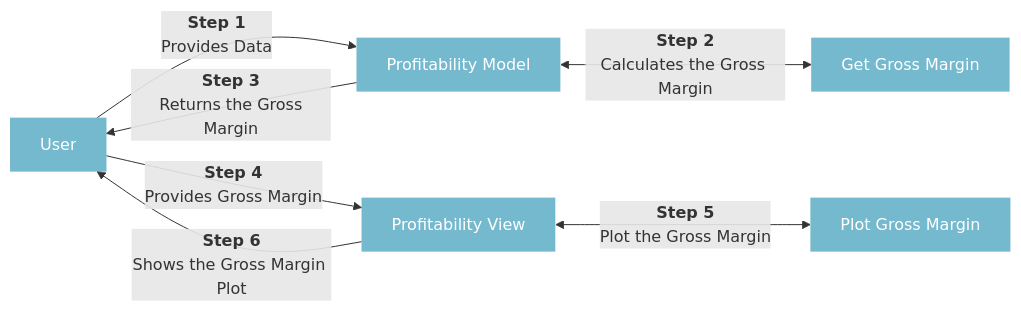
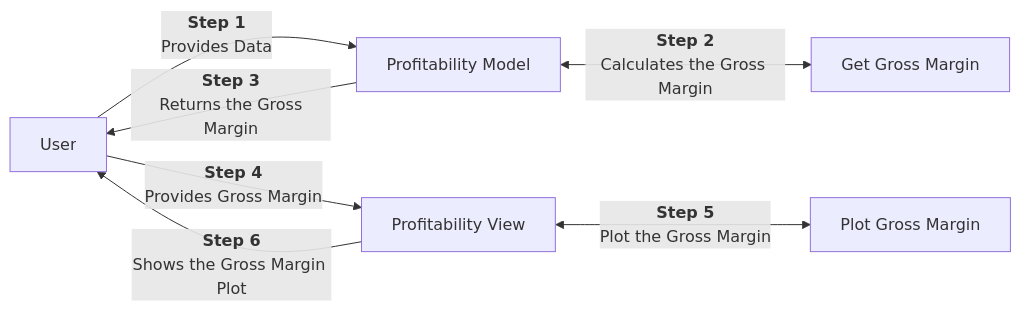
The fifth of 9 diagrams in _pages/coding/structuring-your-model.md (JerBouma/jerbouma.github.io), drawn with Mermaid before and after one commit. The commit also changed other lines of this file and 90 other files, not shown here.

```diff
--- a/_pages/coding/structuring-your-model.md
+++ b/_pages/coding/structuring-your-model.md
@@ -112,11 +95,10 @@
 <div class="mermaid">
 flowchart LR;
-classDef boxfont fill:#3b9cba,stroke-width:0px,fill-opacity:0.7,color:white,radius:20px;
 
-Step0["User"]:::boxfont -- <b>Step 1<br></b>Provides Data -->  Step2["Profitability Model"]:::boxfont
-Step2["Profitability Model"]:::boxfont <-- <b>Step 2<br></b>Calculates the Gross Margin -->  Step3["Get Gross Margin"]:::boxfont
-Step2["Profitability Model"]:::boxfont  --<b>Step 3<br></b> Returns the Gross Margin --> Step0["User"]:::boxfont
-Step0["User"]:::boxfont -- <b>Step 4<br></b>Provides Gross Margin -->  Step4["Profitability View"]:::boxfont
-Step4["Profitability View"]:::boxfont <-- <b>Step 5<br></b>Plot the Gross Margin -->  Step5["Plot Gross Margin"]:::boxfont
-Step4["Profitability View"]:::boxfont -- <b>Step 6<br></b>Shows the Gross Margin Plot --> Step0["User"]:::boxfont
+Step0["User"] -- <b>Step 1<br></b>Provides Data -->  Step2["Profitability Model"]
+Step2["Profitability Model"] <-- <b>Step 2<br></b>Calculates the Gross Margin -->  Step3["Get Gross Margin"]
+Step2["Profitability Model"]  --<b>Step 3<br></b> Returns the Gross Margin --> Step0["User"]
+Step0["User"] -- <b>Step 4<br></b>Provides Gross Margin -->  Step4["Profitability View"]
+Step4["Profitability View"] <-- <b>Step 5<br></b>Plot the Gross Margin -->  Step5["Plot Gross Margin"]
+Step4["Profitability View"] -- <b>Step 6<br></b>Shows the Gross Margin Plot --> Step0["User"]
 </div>
```
